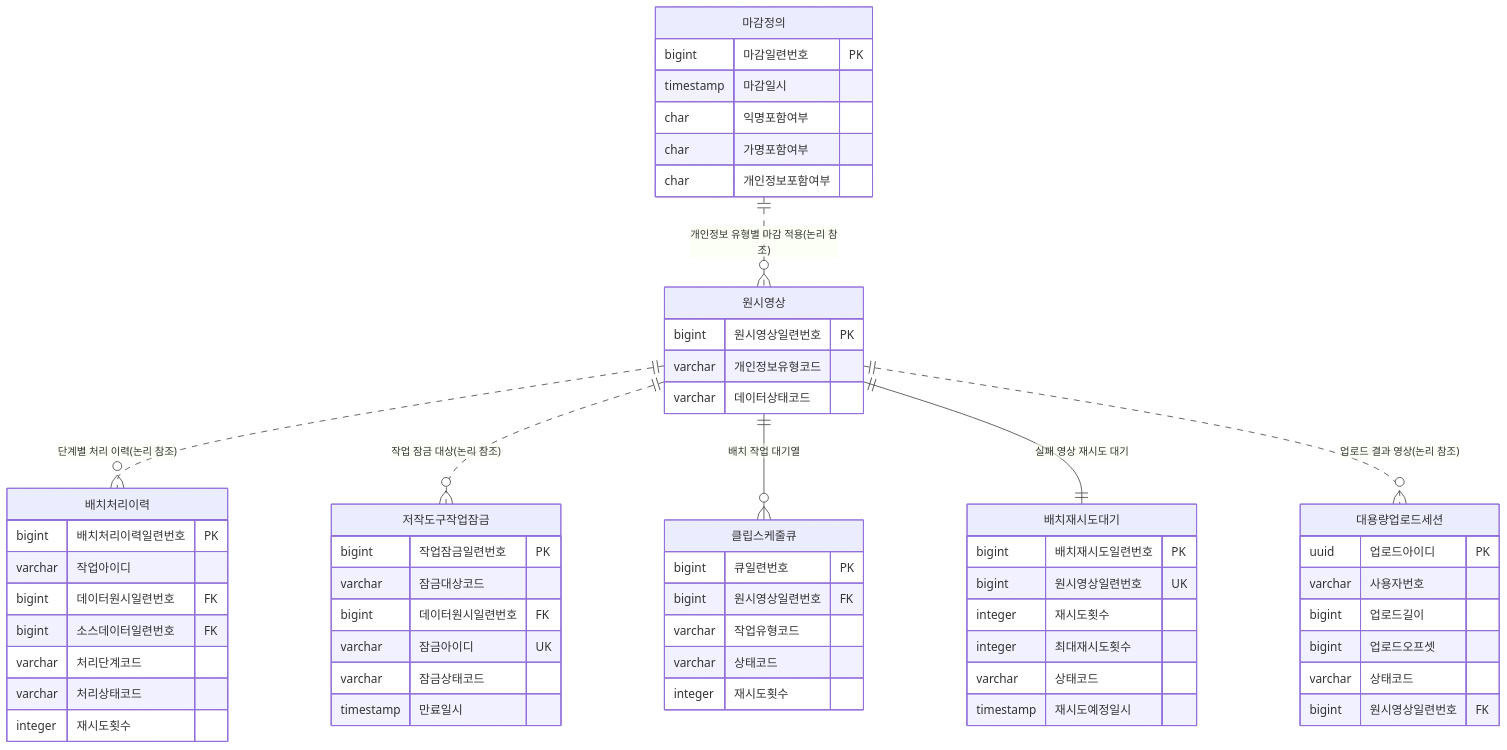
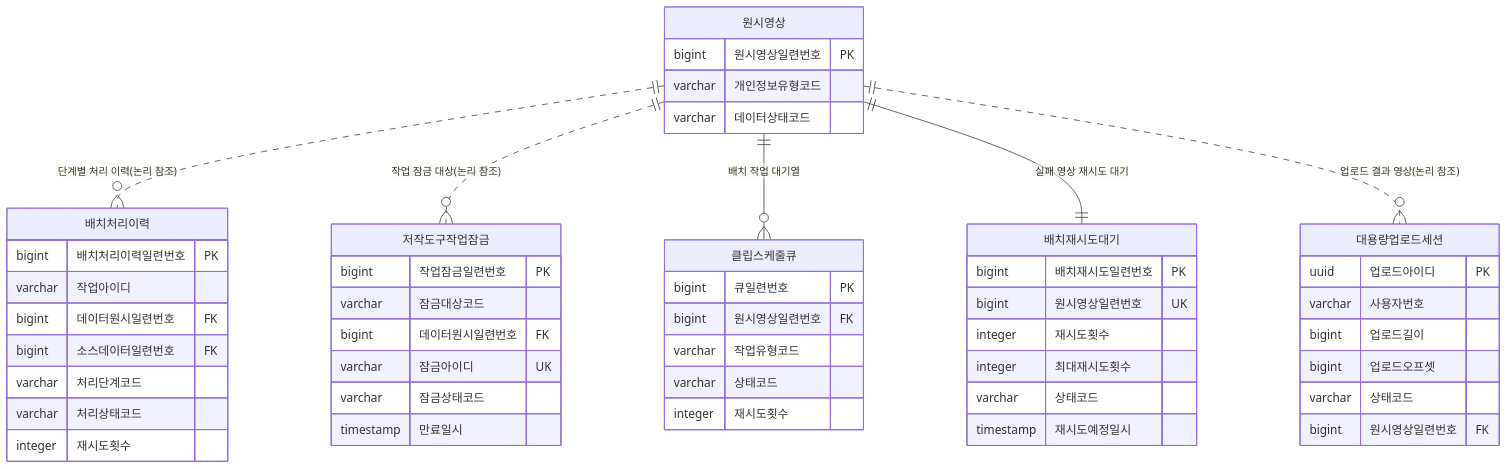
One commit to New-stella/klid-label changed diagram 13 of 17 in docs/design/KLID_AT_엔티티관계모형설계서.md. Above: the diagram before and after it, drawn with Mermaid. The commit also changed other lines of this file and 10 other files, not shown here.

````diff
--- a/docs/design/KLID_AT_엔티티관계모형설계서.md
+++ b/docs/design/KLID_AT_엔티티관계모형설계서.md
@@ -533,61 +497,53 @@
 ```mermaid
 erDiagram
     원시영상 ||..o{ 배치처리이력 : "단계별 처리 이력(논리 참조)"
     원시영상 ||..o{ 저작도구작업잠금 : "작업 잠금 대상(논리 참조)"
     원시영상 ||--o{ 클립스케줄큐 : "배치 작업 대기열"
     원시영상 ||--|| 배치재시도대기 : "실패 영상 재시도 대기"
     원시영상 ||..o{ 대용량업로드세션 : "업로드 결과 영상(논리 참조)"
-    마감정의 ||..o{ 원시영상 : "개인정보 유형별 마감 적용(논리 참조)"
     원시영상 {
         bigint 원시영상일련번호 PK
         varchar 개인정보유형코드
         varchar 데이터상태코드
     }
     배치처리이력 {
         bigint 배치처리이력일련번호 PK
         varchar 작업아이디
         bigint 데이터원시일련번호 FK
         bigint 소스데이터일련번호 FK
         varchar 처리단계코드
         varchar 처리상태코드
         integer 재시도횟수
     }
     저작도구작업잠금 {
         bigint 작업잠금일련번호 PK
         varchar 잠금대상코드
         bigint 데이터원시일련번호 FK
         varchar 잠금아이디 UK
         varchar 잠금상태코드
         timestamp 만료일시
-    }
-    마감정의 {
-        bigint 마감일련번호 PK
-        timestamp 마감일시
-        char 익명포함여부
-        char 가명포함여부
-        char 개인정보포함여부
     }
     클립스케줄큐 {
         bigint 큐일련번호 PK
         bigint 원시영상일련번호 FK
         varchar 작업유형코드
         varchar 상태코드
         integer 재시도횟수
     }
     배치재시도대기 {
         bigint 배치재시도일련번호 PK
         bigint 원시영상일련번호 UK
         integer 재시도횟수
         integer 최대재시도횟수
         varchar 상태코드
         timestamp 재시도예정일시
     }
     대용량업로드세션 {
         uuid 업로드아이디 PK
         varchar 사용자번호
         bigint 업로드길이
         bigint 업로드오프셋
         varchar 상태코드
         bigint 원시영상일련번호 FK
     }
 ```
````
